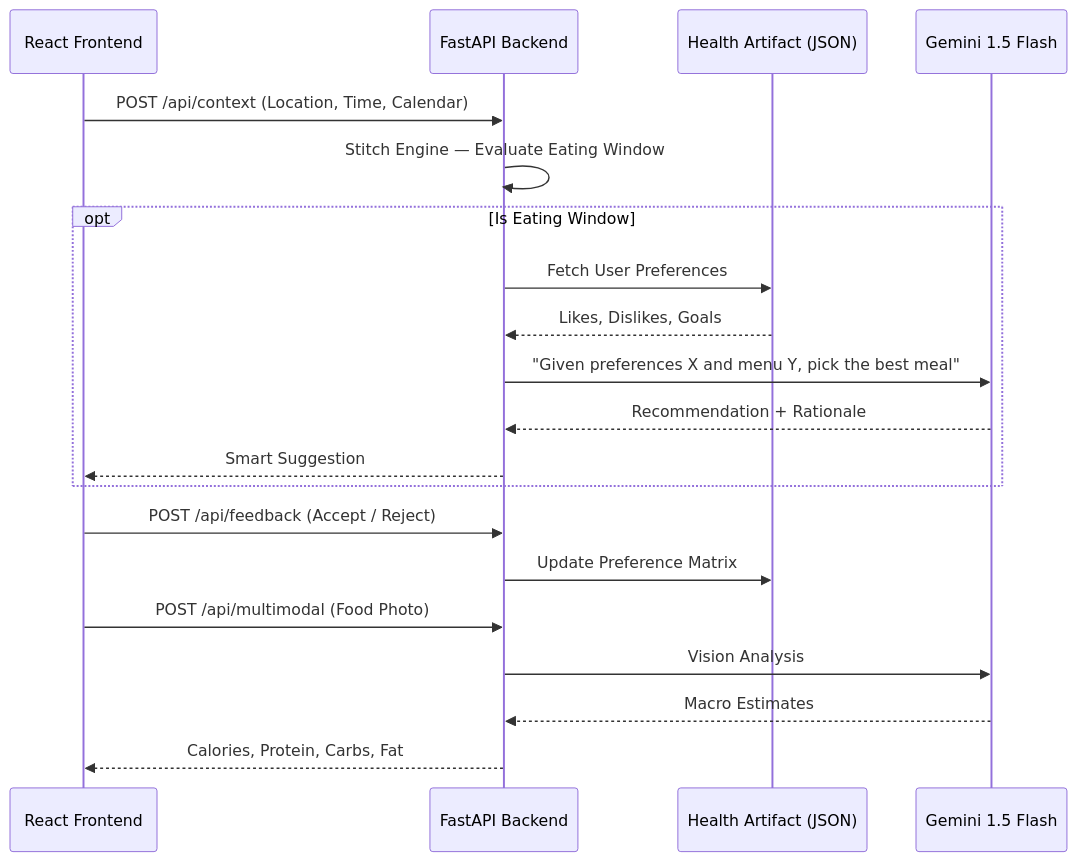
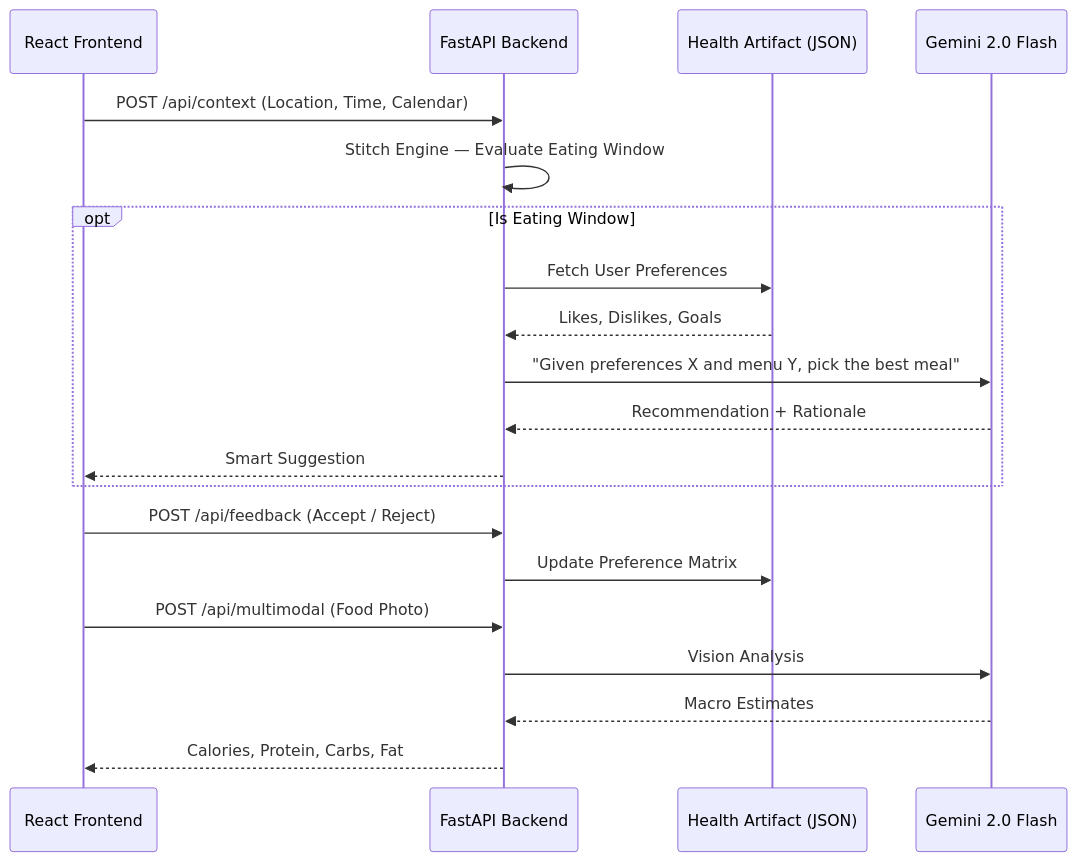
The diagram in README.md (guruprasadsa/Nutripath), drawn with Mermaid before and after one commit. The commit also changed other lines of this file and 15 other files, not shown here.

````diff
--- a/README.md
+++ b/README.md
@@ -32,23 +33,23 @@
 ```mermaid
 sequenceDiagram
     participant Client as React Frontend
     participant API as FastAPI Backend
     participant Artifact as Health Artifact (JSON)
-    participant Gemini as Gemini 1.5 Flash
+    participant Gemini as Gemini 2.0 Flash
 
     Client->>API: POST /api/context (Location, Time, Calendar)
     API->>API: Stitch Engine — Evaluate Eating Window
     opt Is Eating Window
         API->>Artifact: Fetch User Preferences
         Artifact-->>API: Likes, Dislikes, Goals
         API->>Gemini: "Given preferences X and menu Y, pick the best meal"
         Gemini-->>API: Recommendation + Rationale
         API-->>Client: Smart Suggestion
     end
     Client->>API: POST /api/feedback (Accept / Reject)
     API->>Artifact: Update Preference Matrix
     Client->>API: POST /api/multimodal (Food Photo)
     API->>Gemini: Vision Analysis
     Gemini-->>API: Macro Estimates
     API-->>Client: Calories, Protein, Carbs, Fat
 ```
````
